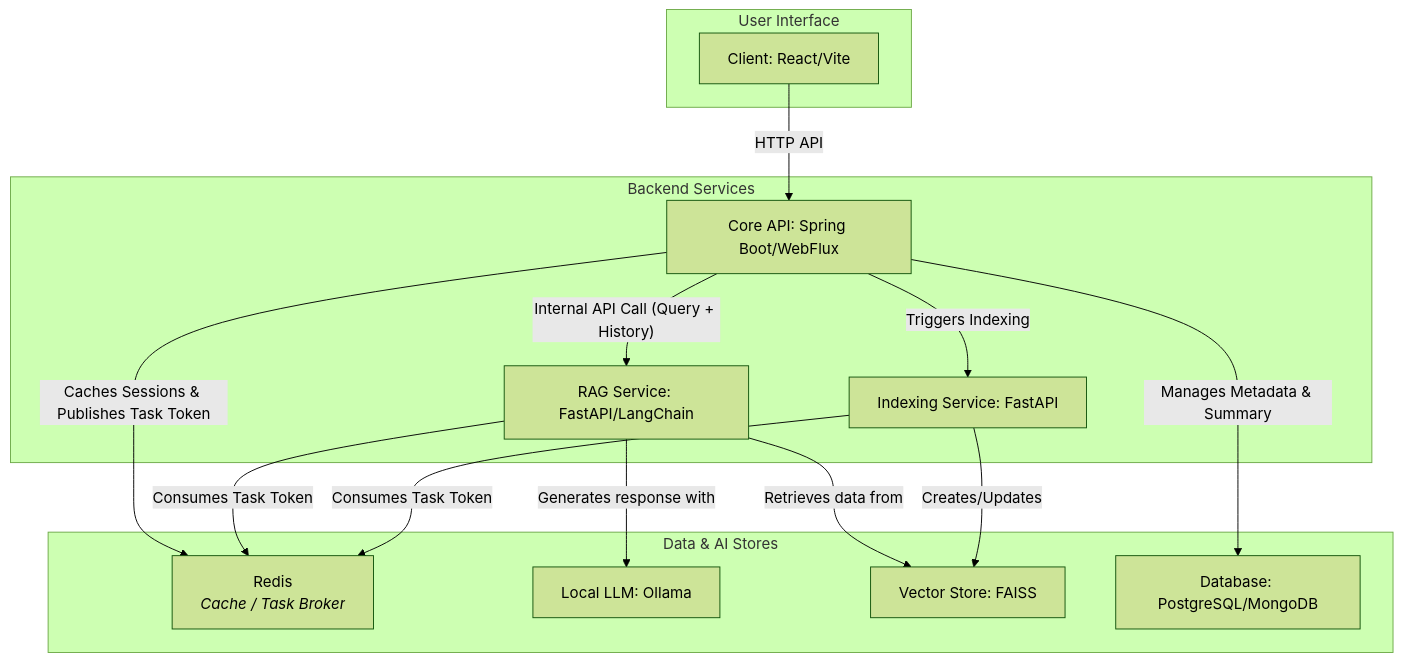
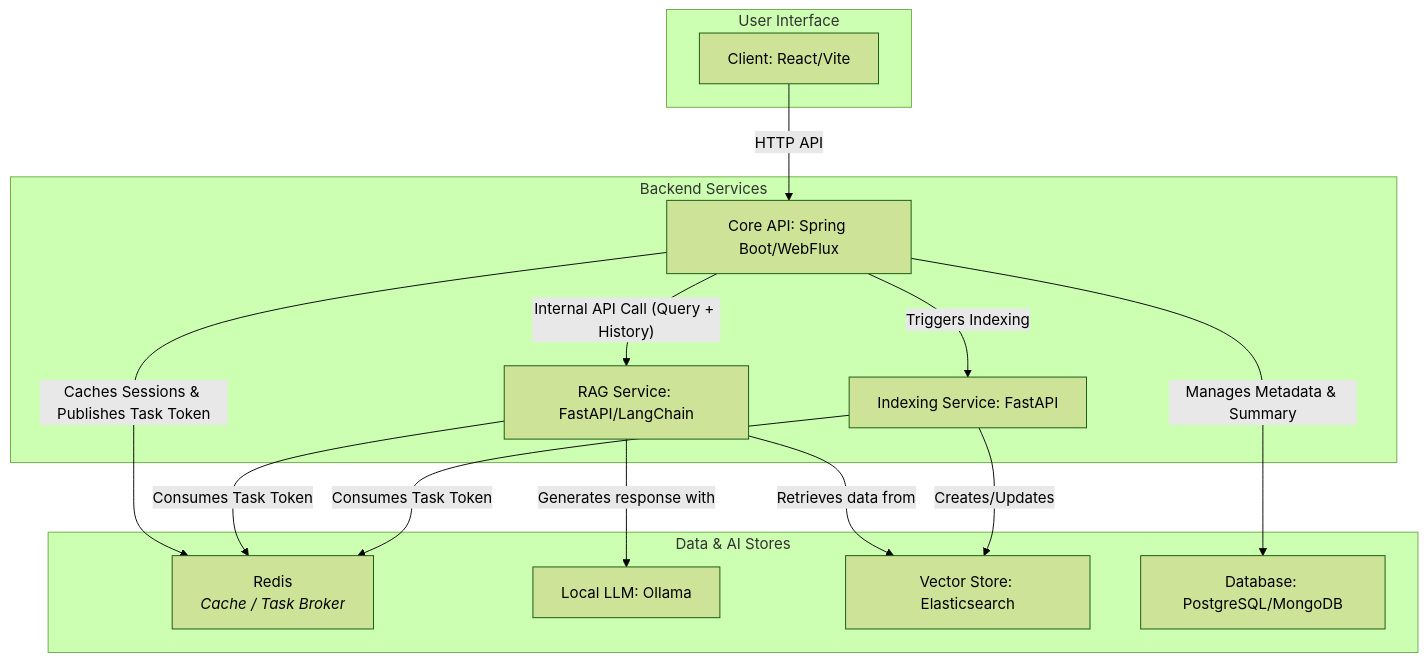
The diagram in README.ko.md (fake-dev-log/rag-chatbot-prototype), drawn with Mermaid (forest theme) before and after one commit. The commit also changed other lines of this file and 49 other files, not shown here.

````diff
--- a/README.ko.md
+++ b/README.ko.md
@@ -24,35 +24,35 @@
 ```mermaid
 graph TD
     subgraph "User Interface"
         A[Client: React/Vite]
     end
 
     subgraph "Backend Services"
         B[Core API: Spring Boot/WebFlux]
         C[RAG Service: FastAPI/LangChain]
         D[Indexing Service: FastAPI]
     end
 
     subgraph "Data & AI Stores"
         E[Redis<br><i>Cache / Task Broker</i>]
         F[Local LLM: Ollama]
-        G[Vector Store: FAISS]
+        G[Vector Store: Elasticsearch]
         H[Database: PostgreSQL/MongoDB]
     end
 
 %% Main application flow
     A -- "HTTP API" --> B
     B -- "Internal API Call (Query + History)" --> C
     B -- "Triggers Indexing" --> D
 
 %% Data store interactions
     B -- "Manages Metadata & Summary" --> H
     C -- "Retrieves data from" --> G
     D -- "Creates/Updates" --> G
     C -- "Generates response with" --> F
 
 %% Redis-specific interactions
     B -- "Caches Sessions & Publishes Task Token" --> E
     C -- "Consumes Task Token" --> E
     D -- "Consumes Task Token" --> E
 ```
````
